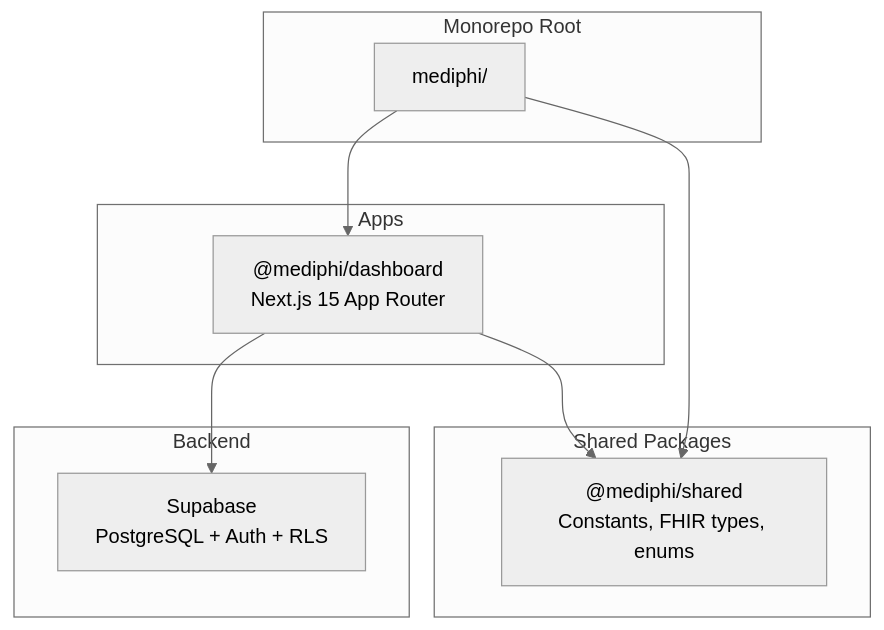
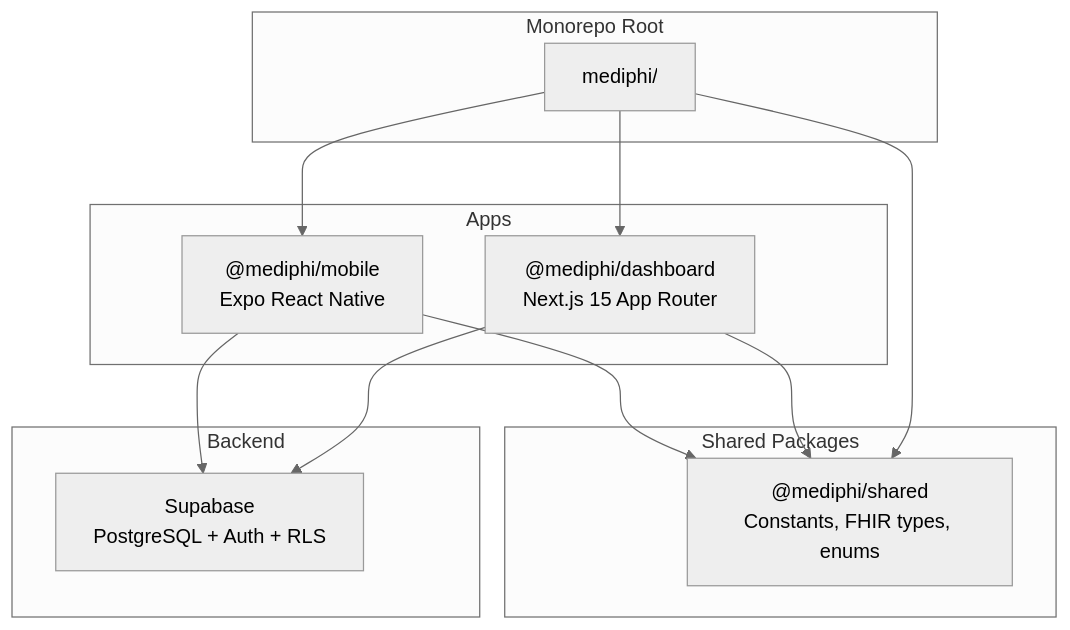
One commit to pvmodayil/mediphi changed the first of 10 diagrams in AGENTS.md. Above: the diagram before and after it, drawn with Mermaid (neutral theme). The commit also changed other lines of this file and 41 other files, not shown here.

Commit message:
feat: Auth flow added

````diff
--- a/AGENTS.md
+++ b/AGENTS.md
@@ -23,23 +23,27 @@
 ```mermaid
 graph TB
     subgraph "Monorepo Root"
         ROOT["mediphi/"]
     end
 
     subgraph "Apps"
         DASHBOARD["@mediphi/dashboard<br/>Next.js 15 App Router"]
+        MOBILE["@mediphi/mobile<br/>Expo React Native"]
     end
 
     subgraph "Shared Packages"
         SHARED["@mediphi/shared<br/>Constants, FHIR types, enums"]
     end
 
     subgraph "Backend"
         SUPABASE["Supabase<br/>PostgreSQL + Auth + RLS"]
     end
 
     ROOT --> DASHBOARD
+    ROOT --> MOBILE
     ROOT --> SHARED
     DASHBOARD --> SHARED
+    MOBILE --> SHARED
     DASHBOARD --> SUPABASE
+    MOBILE --> SUPABASE
 ```
````
